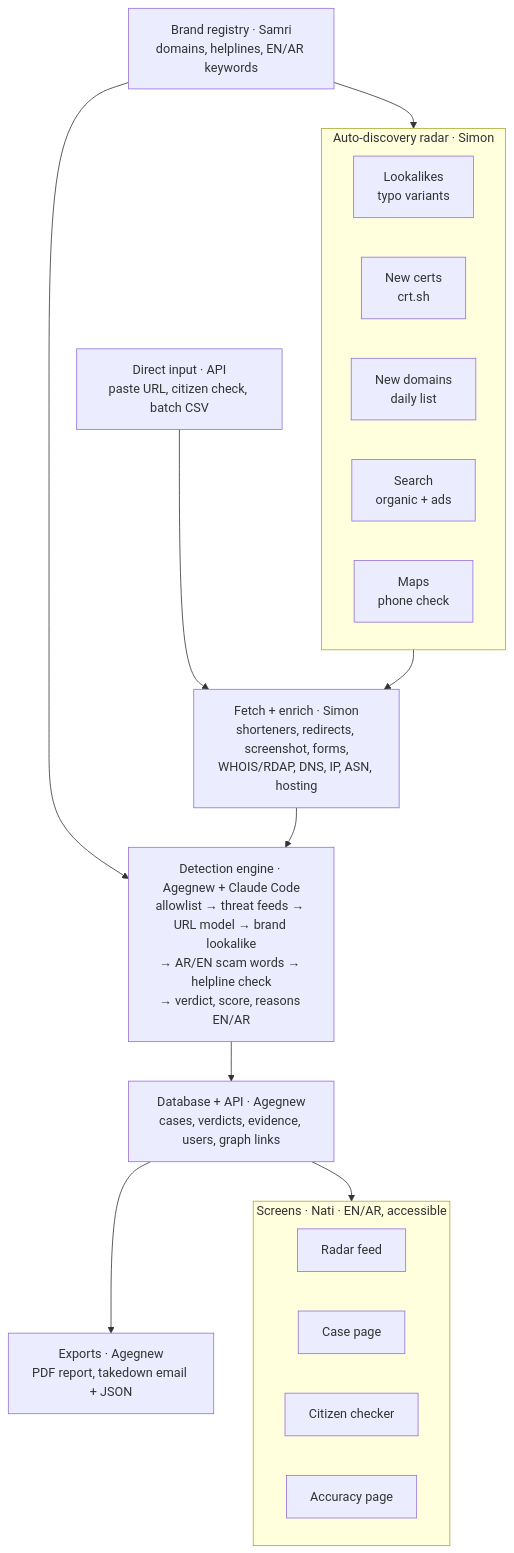
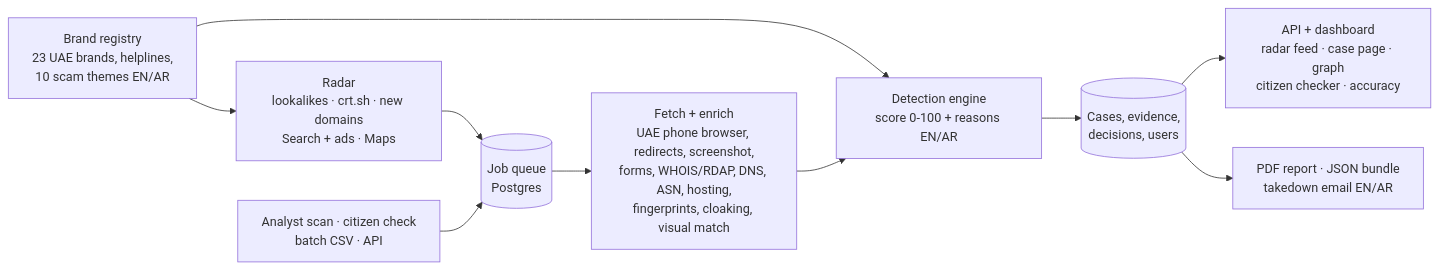
One commit to agegnew/ScamShield changed the diagram in README.md. Above: the diagram before and after it, drawn with Mermaid. The commit also changed other lines of this file and 1 other file, not shown here.

First line of the commit message:
Submission README: problem, solution, results, tech choices, build and run, batch mode, limitations

````diff
--- a/README.md
+++ b/README.md
@@ -74,30 +54,12 @@
 ```mermaid
-flowchart TD
-  subgraph RADAR["Auto-discovery radar · Simon"]
-    L[Lookalikes<br/>typo variants]
-    C[New certs<br/>crt.sh]
-    N[New domains<br/>daily list]
-    S[Search<br/>organic + ads]
-    M[Maps<br/>phone check]
-  end
-  D[Direct input · API<br/>paste URL, citizen check, batch CSV]
-  B[Brand registry · Samri<br/>domains, helplines, EN/AR keywords]
-  F[Fetch + enrich · Simon<br/>shorteners, redirects, screenshot, forms,<br/>WHOIS/RDAP, DNS, IP, ASN, hosting]
-  E[Detection engine · Agegnew + Claude Code<br/>allowlist → threat feeds → URL model → brand lookalike<br/>→ AR/EN scam words → helpline check<br/>→ verdict, score, reasons EN/AR]
-  DB[Database + API · Agegnew<br/>cases, verdicts, evidence, users, graph links]
-  X[Exports · Agegnew<br/>PDF report, takedown email + JSON]
-  subgraph UI["Screens · Nati · EN/AR, accessible"]
-    U1[Radar feed]
-    U2[Case page]
-    U3[Citizen checker]
-    U4[Accuracy page]
-  end
-  B --> RADAR
+flowchart LR
+  R[Radar<br/>lookalikes · crt.sh · new domains<br/>Search + ads · Maps] --> Q[(Job queue<br/>Postgres)]
+  I[Analyst scan · citizen check<br/>batch CSV · API] --> Q
+  Q --> F[Fetch + enrich<br/>UAE phone browser, redirects, screenshot,<br/>forms, WHOIS/RDAP, DNS, ASN, hosting,<br/>fingerprints, cloaking, visual match]
+  B[Brand registry<br/>23 UAE brands, helplines,<br/>10 scam themes EN/AR] --> R
   B --> E
-  RADAR --> F
-  D --> F
-  F --> E
-  E --> DB
-  DB --> X
-  DB --> UI
+  F --> E[Detection engine<br/>score 0-100 + reasons EN/AR]
+  E --> D[(Cases, evidence,<br/>decisions, users)]
+  D --> A[API + dashboard<br/>radar feed · case page · graph<br/>citizen checker · accuracy]
+  D --> X[PDF report · JSON bundle<br/>takedown email EN/AR]
 ```
````
